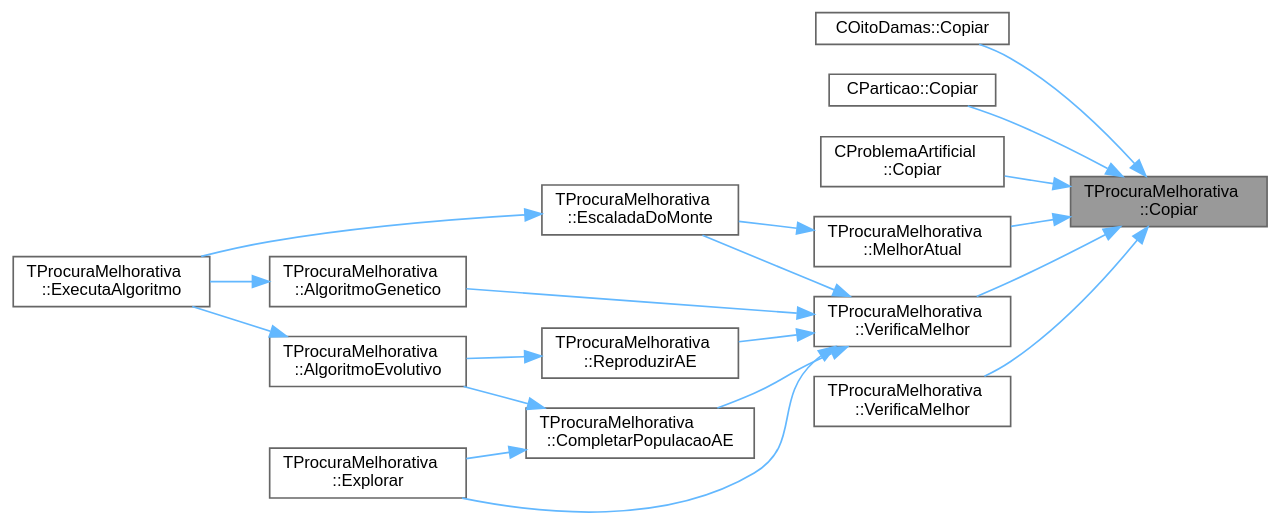
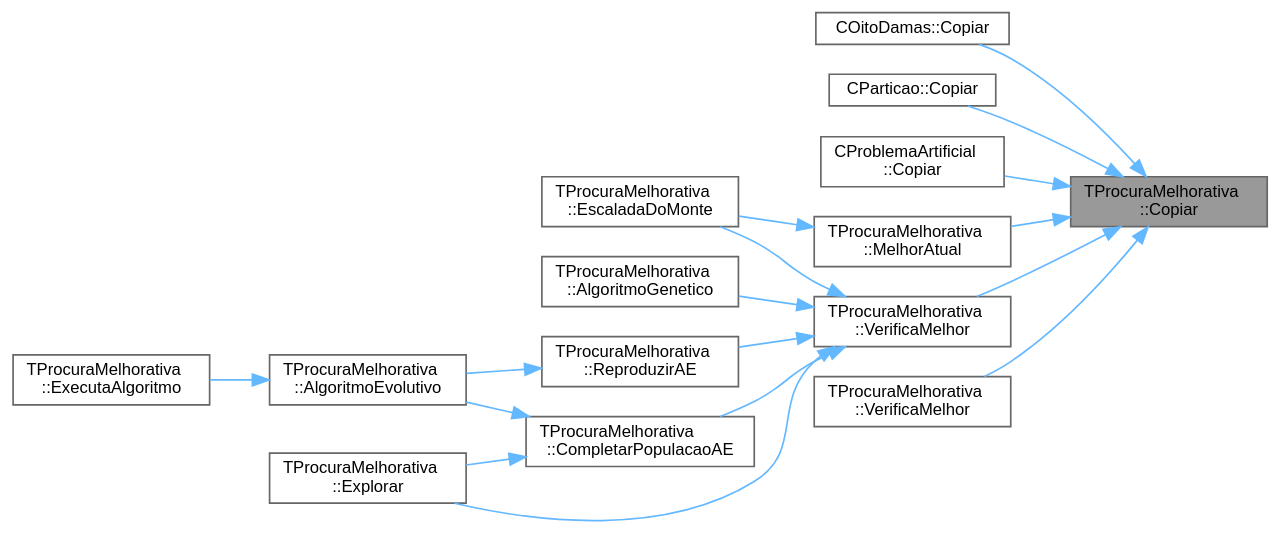
Before and after one commit to jcoelho72/TProcura: the diagram in classTProcuraMelhorativa_a446cb701313bd16b9a6c5939b810d241_icgraph.dot, drawn with Graphviz. The commit also changed 331 other files, not shown here.

```diff
--- a/classTProcuraMelhorativa_a446cb701313bd16b9a6c5939b810d241_icgraph.dot
+++ b/classTProcuraMelhorativa_a446cb701313bd16b9a6c5939b810d241_icgraph.dot
@@ -1,40 +1,38 @@
 digraph "TProcuraMelhorativa::Copiar"
 {
  // LATEX_PDF_SIZE
   bgcolor="transparent";
   edge [fontname=Helvetica,fontsize=10,labelfontname=Helvetica,labelfontsize=10];
   node [fontname=Helvetica,fontsize=10,shape=box,height=0.2,width=0.4];
   rankdir="RL";
   Node1 [id="Node000001",label="TProcuraMelhorativa\l::Copiar",height=0.2,width=0.4,color="gray40", fillcolor="grey60", style="filled", fontcolor="black",tooltip="Fica com uma cópia do objecto."];
   Node1 -> Node2 [id="edge1_Node000001_Node000002",dir="back",color="steelblue1",style="solid",tooltip=" "];
   Node2 [id="Node000002",label="COitoDamas::Copiar",height=0.2,width=0.4,color="grey40", fillcolor="white", style="filled",URL="$classCOitoDamas.html#a2249a5984a16e9648370eec2c5034182",tooltip="Fica com uma cópia do objecto."];
   Node1 -> Node3 [id="edge2_Node000001_Node000003",dir="back",color="steelblue1",style="solid",tooltip=" "];
   Node3 [id="Node000003",label="CParticao::Copiar",height=0.2,width=0.4,color="grey40", fillcolor="white", style="filled",URL="$classCParticao.html#a4a20dec42b77ae88235e915744fc391a",tooltip="Fica com uma cópia do objecto."];
   Node1 -> Node4 [id="edge3_Node000001_Node000004",dir="back",color="steelblue1",style="solid",tooltip=" "];
   Node4 [id="Node000004",label="CProblemaArtificial\l::Copiar",height=0.2,width=0.4,color="grey40", fillcolor="white", style="filled",URL="$classCProblemaArtificial.html#ac98a0fece8bc458a83fc03457614f6c4",tooltip="Fica com uma cópia do objecto."];
   Node1 -> Node5 [id="edge4_Node000001_Node000005",dir="back",color="steelblue1",style="solid",tooltip=" "];
   Node5 [id="Node000005",label="TProcuraMelhorativa\l::MelhorAtual",height=0.2,width=0.4,color="grey40", fillcolor="white", style="filled",URL="$classTProcuraMelhorativa.html#a55ff18ec36fc46b793b0ee20085388a1",tooltip=" "];
   Node5 -> Node6 [id="edge5_Node000005_Node000006",dir="back",color="steelblue1",style="solid",tooltip=" "];
   Node6 [id="Node000006",label="TProcuraMelhorativa\l::EscaladaDoMonte",height=0.2,width=0.4,color="grey40", fillcolor="white", style="filled",URL="$classTProcuraMelhorativa.html#a8c8caa2d188bb5f6701fc5e1ddbc4510",tooltip=" "];
-  Node6 -> Node7 [id="edge6_Node000006_Node000007",dir="back",color="steelblue1",style="solid",tooltip=" "];
-  Node7 [id="Node000007",label="TProcuraMelhorativa\l::ExecutaAlgoritmo",height=0.2,width=0.4,color="grey40", fillcolor="white", style="filled",URL="$classTProcuraMelhorativa.html#af101526489df420431d22477e317fb33",tooltip="Executa o algoritmo com os parametros atuais."];
-  Node1 -> Node8 [id="edge7_Node000001_Node000008",dir="back",color="steelblue1",style="solid",tooltip=" "];
-  Node8 [id="Node000008",label="TProcuraMelhorativa\l::VerificaMelhor",height=0.2,width=0.4,color="grey40", fillcolor="white", style="filled",URL="$classTProcuraMelhorativa.html#aeb435694084a626e3d52f3a489d9a93d",tooltip=" "];
-  Node8 -> Node9 [id="edge8_Node000008_Node000009",dir="back",color="steelblue1",style="solid",tooltip=" "];
-  Node9 [id="Node000009",label="TProcuraMelhorativa\l::AlgoritmoGenetico",height=0.2,width=0.4,color="grey40", fillcolor="white", style="filled",URL="$classTProcuraMelhorativa.html#a574d0ec15c8c1d3ded8db605def50616",tooltip=" "];
-  Node9 -> Node7 [id="edge9_Node000009_Node000007",dir="back",color="steelblue1",style="solid",tooltip=" "];
-  Node8 -> Node10 [id="edge10_Node000008_Node000010",dir="back",color="steelblue1",style="solid",tooltip=" "];
-  Node10 [id="Node000010",label="TProcuraMelhorativa\l::CompletarPopulacaoAE",height=0.2,width=0.4,color="grey40", fillcolor="white", style="filled",URL="$classTProcuraMelhorativa.html#a5f0aa5bd919d038c2e1d3903188ba0c1",tooltip=" "];
-  Node10 -> Node11 [id="edge11_Node000010_Node000011",dir="back",color="steelblue1",style="solid",tooltip=" "];
-  Node11 [id="Node000011",label="TProcuraMelhorativa\l::AlgoritmoEvolutivo",height=0.2,width=0.4,color="grey40", fillcolor="white", style="filled",URL="$classTProcuraMelhorativa.html#a6e7a1d0f1281eae6bf3fbbc7fa5f4026",tooltip=" "];
-  Node11 -> Node7 [id="edge12_Node000011_Node000007",dir="back",color="steelblue1",style="solid",tooltip=" "];
-  Node10 -> Node12 [id="edge13_Node000010_Node000012",dir="back",color="steelblue1",style="solid",tooltip=" "];
+  Node1 -> Node7 [id="edge6_Node000001_Node000007",dir="back",color="steelblue1",style="solid",tooltip=" "];
+  Node7 [id="Node000007",label="TProcuraMelhorativa\l::VerificaMelhor",height=0.2,width=0.4,color="grey40", fillcolor="white", style="filled",URL="$classTProcuraMelhorativa.html#aeb435694084a626e3d52f3a489d9a93d",tooltip=" "];
+  Node7 -> Node8 [id="edge7_Node000007_Node000008",dir="back",color="steelblue1",style="solid",tooltip=" "];
+  Node8 [id="Node000008",label="TProcuraMelhorativa\l::AlgoritmoGenetico",height=0.2,width=0.4,color="grey40", fillcolor="white", style="filled",URL="$classTProcuraMelhorativa.html#a574d0ec15c8c1d3ded8db605def50616",tooltip=" "];
+  Node7 -> Node9 [id="edge8_Node000007_Node000009",dir="back",color="steelblue1",style="solid",tooltip=" "];
+  Node9 [id="Node000009",label="TProcuraMelhorativa\l::CompletarPopulacaoAE",height=0.2,width=0.4,color="grey40", fillcolor="white", style="filled",URL="$classTProcuraMelhorativa.html#a5f0aa5bd919d038c2e1d3903188ba0c1",tooltip=" "];
+  Node9 -> Node10 [id="edge9_Node000009_Node000010",dir="back",color="steelblue1",style="solid",tooltip=" "];
+  Node10 [id="Node000010",label="TProcuraMelhorativa\l::AlgoritmoEvolutivo",height=0.2,width=0.4,color="grey40", fillcolor="white", style="filled",URL="$classTProcuraMelhorativa.html#a6e7a1d0f1281eae6bf3fbbc7fa5f4026",tooltip=" "];
+  Node10 -> Node11 [id="edge10_Node000010_Node000011",dir="back",color="steelblue1",style="solid",tooltip=" "];
+  Node11 [id="Node000011",label="TProcuraMelhorativa\l::ExecutaAlgoritmo",height=0.2,width=0.4,color="grey40", fillcolor="white", style="filled",URL="$classTProcuraMelhorativa.html#af101526489df420431d22477e317fb33",tooltip="Executa o algoritmo com os parametros atuais."];
+  Node9 -> Node12 [id="edge11_Node000009_Node000012",dir="back",color="steelblue1",style="solid",tooltip=" "];
   Node12 [id="Node000012",label="TProcuraMelhorativa\l::Explorar",height=0.2,width=0.4,color="grey40", fillcolor="white", style="filled",URL="$classTProcuraMelhorativa.html#a76355a263331719abacf13d40a6613d0",tooltip="definir para explorar manualmente os dados (não definido em TProcura, apenas em TProcuraConstrutiva)"];
-  Node8 -> Node6 [id="edge14_Node000008_Node000006",dir="back",color="steelblue1",style="solid",tooltip=" "];
-  Node8 -> Node12 [id="edge15_Node000008_Node000012",dir="back",color="steelblue1",style="solid",tooltip=" "];
-  Node8 -> Node13 [id="edge16_Node000008_Node000013",dir="back",color="steelblue1",style="solid",tooltip=" "];
+  Node7 -> Node6 [id="edge12_Node000007_Node000006",dir="back",color="steelblue1",style="solid",tooltip=" "];
+  Node7 -> Node12 [id="edge13_Node000007_Node000012",dir="back",color="steelblue1",style="solid",tooltip=" "];
+  Node7 -> Node13 [id="edge14_Node000007_Node000013",dir="back",color="steelblue1",style="solid",tooltip=" "];
   Node13 [id="Node000013",label="TProcuraMelhorativa\l::ReproduzirAE",height=0.2,width=0.4,color="grey40", fillcolor="white", style="filled",URL="$classTProcuraMelhorativa.html#a63e8ac07e1d712645b9038cd72aa133b",tooltip=" "];
-  Node13 -> Node11 [id="edge17_Node000013_Node000011",dir="back",color="steelblue1",style="solid",tooltip=" "];
-  Node1 -> Node14 [id="edge18_Node000001_Node000014",dir="back",color="steelblue1",style="solid",tooltip=" "];
+  Node13 -> Node10 [id="edge15_Node000013_Node000010",dir="back",color="steelblue1",style="solid",tooltip=" "];
+  Node1 -> Node14 [id="edge16_Node000001_Node000014",dir="back",color="steelblue1",style="solid",tooltip=" "];
   Node14 [id="Node000014",label="TProcuraMelhorativa\l::VerificaMelhor",height=0.2,width=0.4,color="grey40", fillcolor="white", style="filled",URL="$classTProcuraMelhorativa.html#a45311cd5bd1ead24ce6eedbabf2465bd",tooltip=" "];
 }
```
